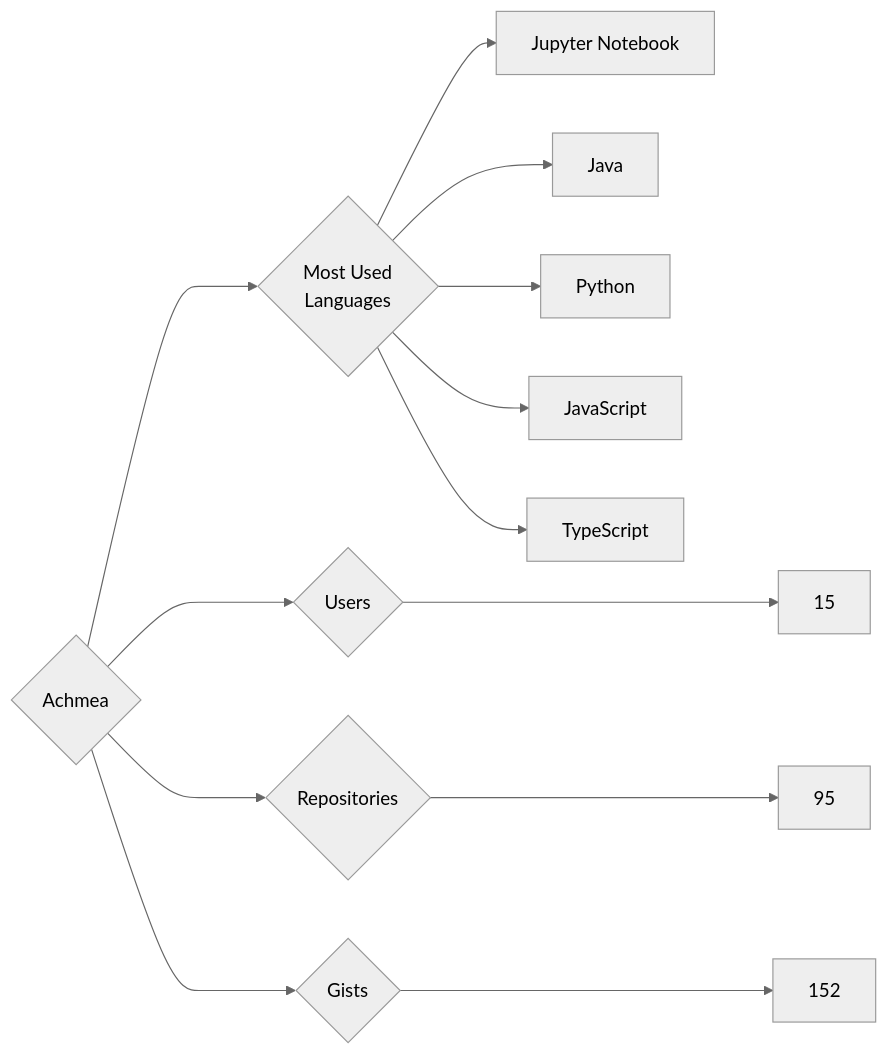
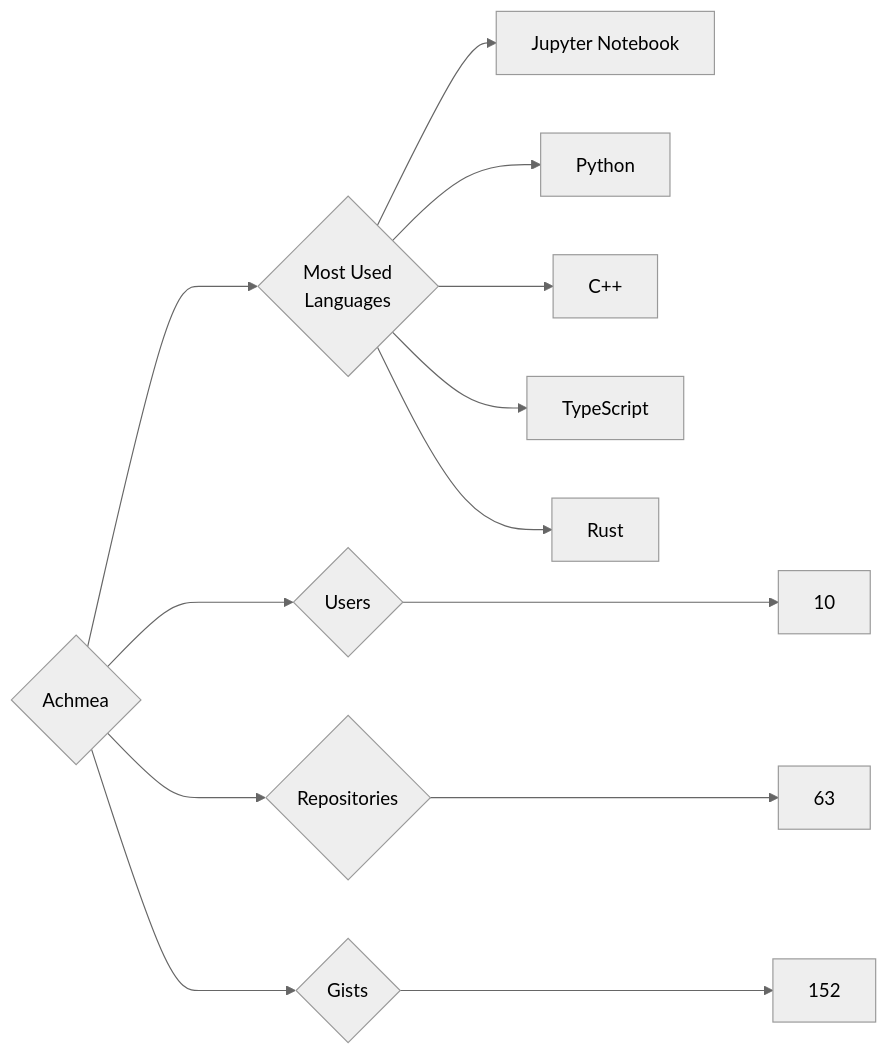
One commit to trickest/insiders changed the diagram in targets/Achmea/README.md. Above: the diagram before and after it, drawn with Mermaid (neutral theme). The commit also changed 882 other files, not shown here.

````diff
--- a/targets/Achmea/README.md
+++ b/targets/Achmea/README.md
@@ -3,13 +3,13 @@
 ```mermaid
 graph LR
 COMPANY_NAME{Achmea}
-COMPANY_NAME ---> U{Users} ---> UN[15]
-COMPANY_NAME ---> R{Repositories} ---> RN[95]
+COMPANY_NAME ---> U{Users} ---> UN[10]
+COMPANY_NAME ---> R{Repositories} ---> RN[63]
 COMPANY_NAME ---> G{Gists} ---> GN[152]
 COMPANY_NAME ---> ML{Most Used<br>Languages}
 ML --> Jupyter_Notebook[Jupyter Notebook]
-ML --> Java[Java]
 ML --> Python[Python]
-ML --> JavaScript[JavaScript]
+ML --> C++[C++]
 ML --> TypeScript[TypeScript]
+ML --> Rust[Rust]
 ```
````
